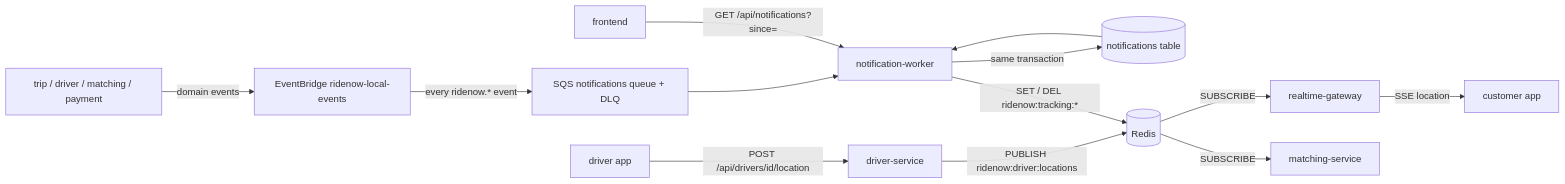
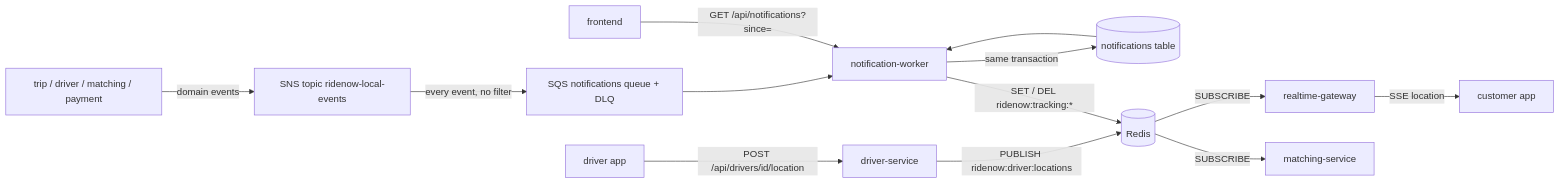
Before and after one commit to alixblu/RideNow: the first of 2 diagrams in docs/REALTIME.md, drawn with Mermaid. The commit also changed other lines of this file and 62 other files, not shown here.

Commit message:
feat(messaging,services): migrate from EventBridge to SNS for event publishing

````diff
--- a/docs/REALTIME.md
+++ b/docs/REALTIME.md
@@ -16,16 +16,16 @@
 ```mermaid
 flowchart LR
-  T[trip / driver / matching / payment] -->|domain events| EB[EventBridge ridenow-local-events]
-  EB -->|every ridenow.* event| NQ[SQS notifications queue + DLQ]
+  T[trip / driver / matching / payment] -->|domain events| EB[SNS topic ridenow-local-events]
+  EB -->|every event, no filter| NQ[SQS notifications queue + DLQ]
   NQ --> NW[notification-worker]
   NW -->|same transaction| DB[(notifications table)]
   FE[frontend] -->|GET /api/notifications?since=| NW
   DB --> NW
 
   DR[driver app] -->|POST /api/drivers/id/location| DS[driver-service]
   DS -->|PUBLISH ridenow:driver:locations| R[(Redis)]
   R -->|SUBSCRIBE| GW[realtime-gateway]
   R -->|SUBSCRIBE| MS[matching-service]
   GW -->|SSE location| CU[customer app]
   NW -->|SET / DEL ridenow:tracking:*| R
 ```
````
